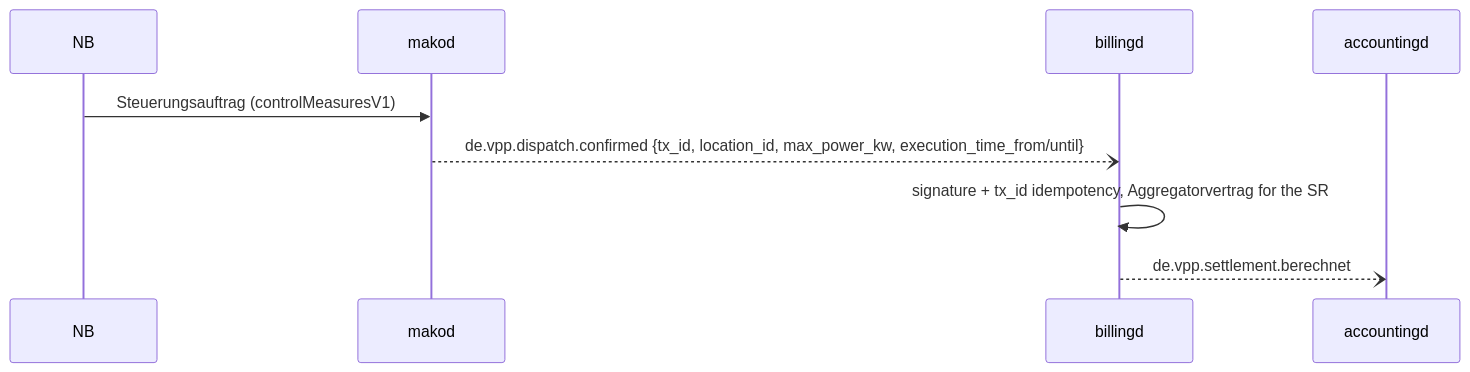
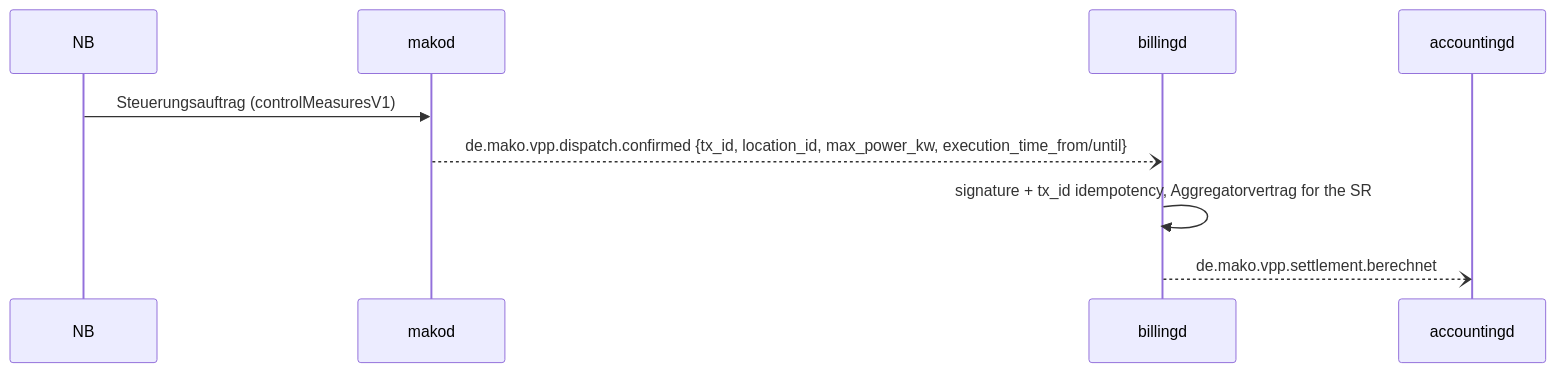
Before and after one commit to hupe1980/mako: the second of 2 diagrams in site/content/docs/services/billingd.md, drawn with Mermaid. The commit also changed other lines of this file and 379 other files, not shown here.

````diff
--- a/site/content/docs/services/billingd.md
+++ b/site/content/docs/services/billingd.md
@@ -869,11 +869,11 @@
 ```mermaid
 sequenceDiagram
     participant NB
     participant makod
     participant billingd
     participant accountingd
     NB->>makod: Steuerungsauftrag (controlMeasuresV1)
-    makod--)billingd: de.vpp.dispatch.confirmed {tx_id, location_id, max_power_kw, execution_time_from/until}
+    makod--)billingd: de.mako.vpp.dispatch.confirmed {tx_id, location_id, max_power_kw, execution_time_from/until}
     billingd->>billingd: signature + tx_id idempotency, Aggregatorvertrag for the SR
-    billingd--)accountingd: de.vpp.settlement.berechnet
+    billingd--)accountingd: de.mako.vpp.settlement.berechnet
 ```
````
